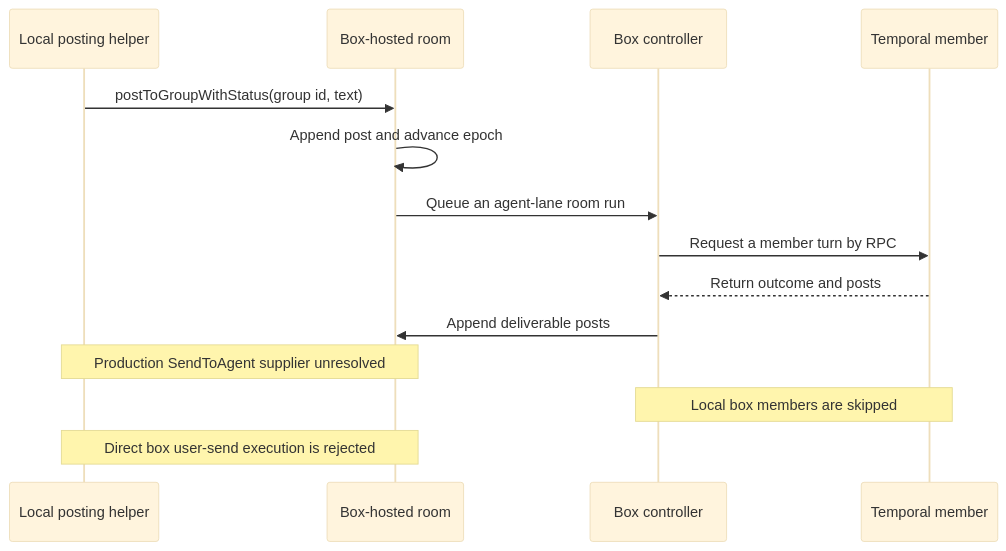
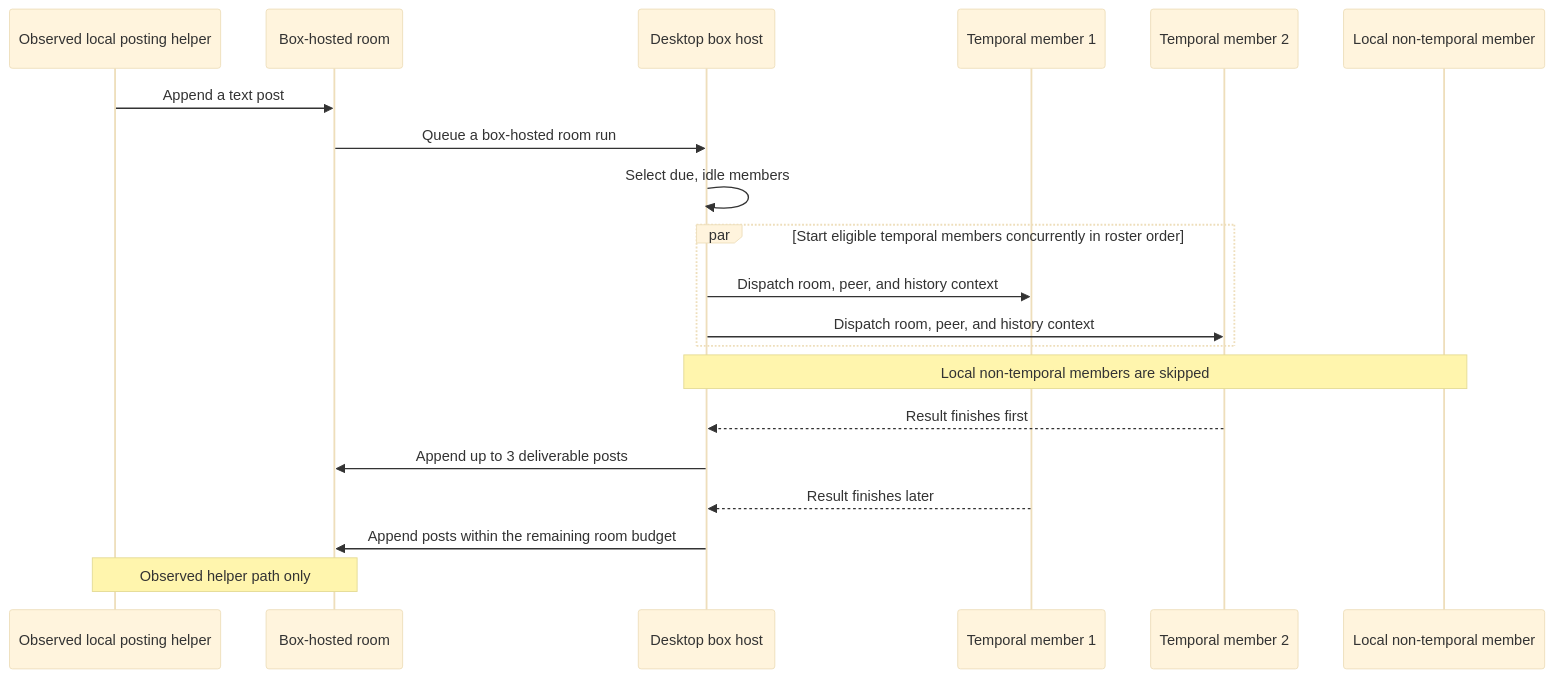
Before and after one commit to debidong/grok-bot-0.18-reconstructed: the second of 2 diagrams in docs/agent-teams-100-questions.md, drawn with Mermaid (base theme). The commit also changed other lines of this file, not shown here.

Commit message:
Simplify agent teams guide for product engineers

````diff
--- a/docs/agent-teams-100-questions.md
+++ b/docs/agent-teams-100-questions.md
@@ -91,16 +54,22 @@
 ```mermaid
 sequenceDiagram
-  participant S as Local posting helper
+  participant P as Observed local posting helper
   participant R as Box-hosted room
-  participant F as Box controller
-  participant T as Temporal member
-  S->>R: postToGroupWithStatus(group id, text)
-  R->>R: Append post and advance epoch
-  R->>F: Queue an agent-lane room run
-  F->>T: Request a member turn by RPC
-  T-->>F: Return outcome and posts
-  F->>R: Append deliverable posts
-  Note over S,R: Production SendToAgent supplier unresolved
-  Note over F,T: Local box members are skipped
-  Note over S,R: Direct box user-send execution is rejected
+  participant H as Desktop box host
+  participant M1 as Temporal member 1
+  participant M2 as Temporal member 2
+  participant L as Local non-temporal member
+  P->>R: Append a text post
+  R->>H: Queue a box-hosted room run
+  H->>H: Select due, idle members
+  par Start eligible temporal members concurrently in roster order
+    H->>M1: Dispatch room, peer, and history context
+    H->>M2: Dispatch room, peer, and history context
+  end
+  Note over H,L: Local non-temporal members are skipped
+  M2-->>H: Result finishes first
+  H->>R: Append up to 3 deliverable posts
+  M1-->>H: Result finishes later
+  H->>R: Append posts within the remaining room budget
+  Note over P,R: Observed helper path only
 ```
````
